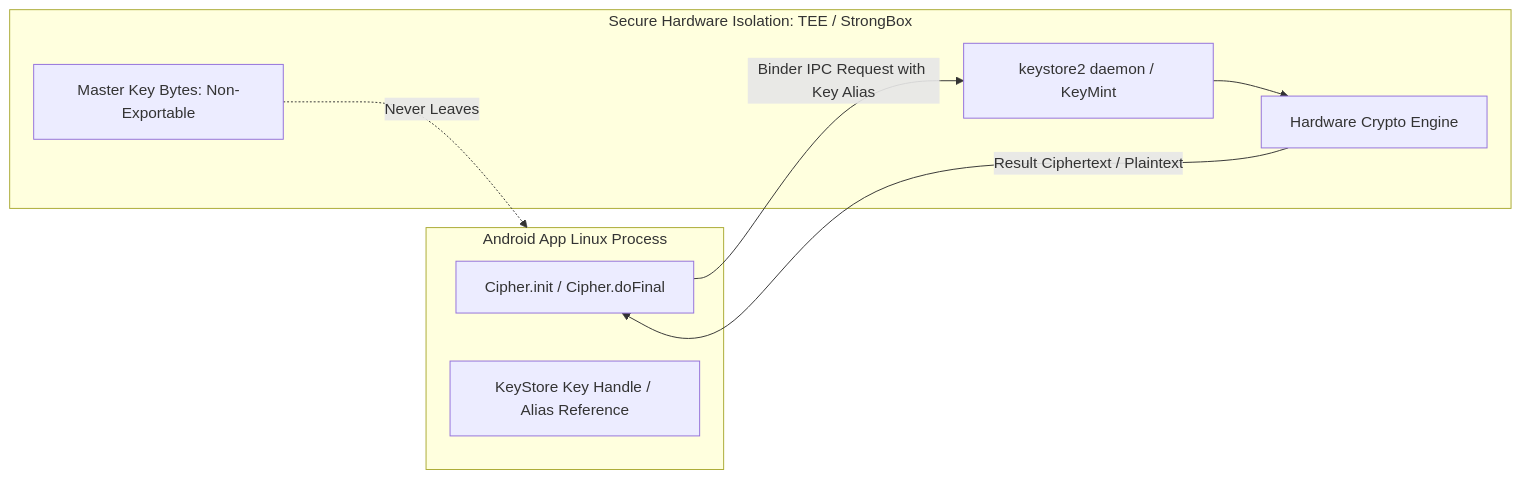
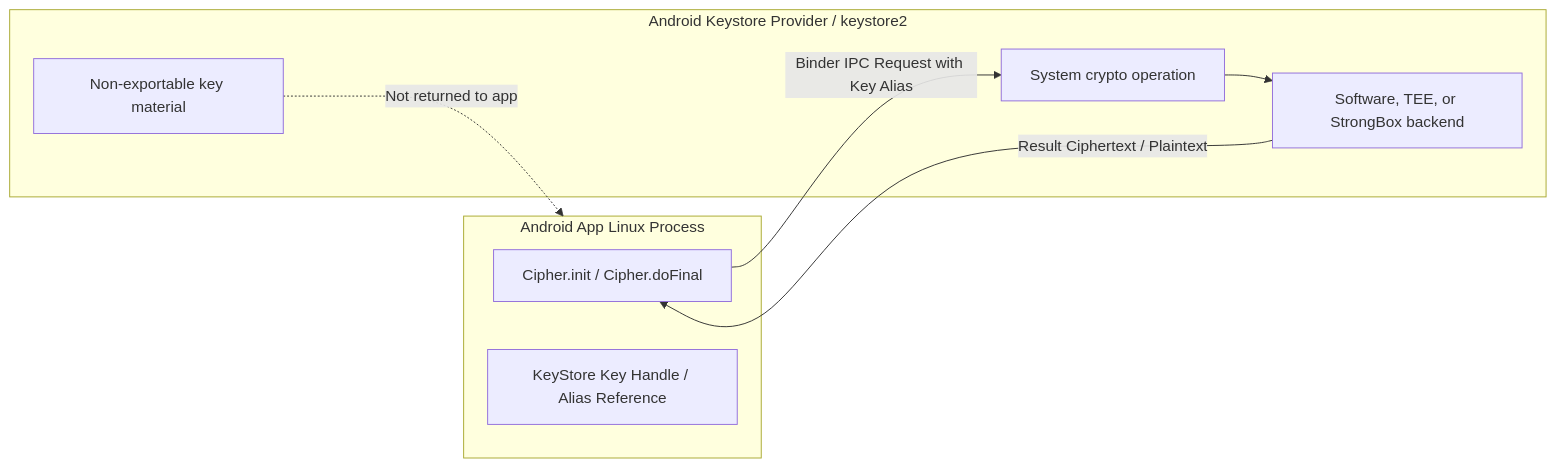
One commit to youngmin-gwon/what-i-studied changed the diagram in 01_inbox/mobile/android/05_security_privacy/secure-storage/secure-storage-contracts/android-keystore-protects-keys-by-non-exportability.md. Above: the diagram before and after it, drawn with Mermaid. The commit also changed other lines of this file and 89 other files, not shown here.

````diff
--- a/01_inbox/mobile/android/05_security_privacy/secure-storage/secure-storage-contracts/android-keystore-protects-keys-by-non-exportability.md
+++ b/01_inbox/mobile/android/05_security_privacy/secure-storage/secure-storage-contracts/android-keystore-protects-keys-by-non-exportability.md
@@ -13,18 +13,18 @@
 ```mermaid
 flowchart LR
     subgraph AppProcess [Android App Linux Process]
         AppCode[Cipher.init / Cipher.doFinal]
         KeyRef[KeyStore Key Handle / Alias Reference]
     end
 
-    subgraph SecureBoundary [Secure Hardware Isolation: TEE / StrongBox]
-        KeystoreDaemon[keystore2 daemon / KeyMint]
-        HWKey[Master Key Bytes: Non-Exportable]
-        CryptoEngine[Hardware Crypto Engine]
+    subgraph SystemBoundary [Android Keystore Provider / keystore2]
+        KeystoreDaemon[System crypto operation]
+        KeyMaterial[Non-exportable key material]
+        CryptoEngine[Software, TEE, or StrongBox backend]
     end
 
     AppCode -->|Binder IPC Request with Key Alias| KeystoreDaemon
     KeystoreDaemon --> CryptoEngine
-    HWKey -. Never Leaves .-> AppProcess
+    KeyMaterial -. Not returned to app .-> AppProcess
     CryptoEngine -->|Result Ciphertext / Plaintext| AppCode
 ```
````
